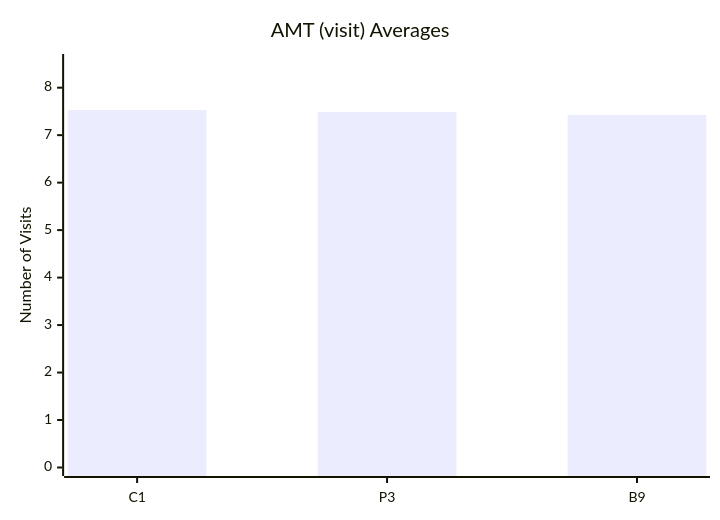
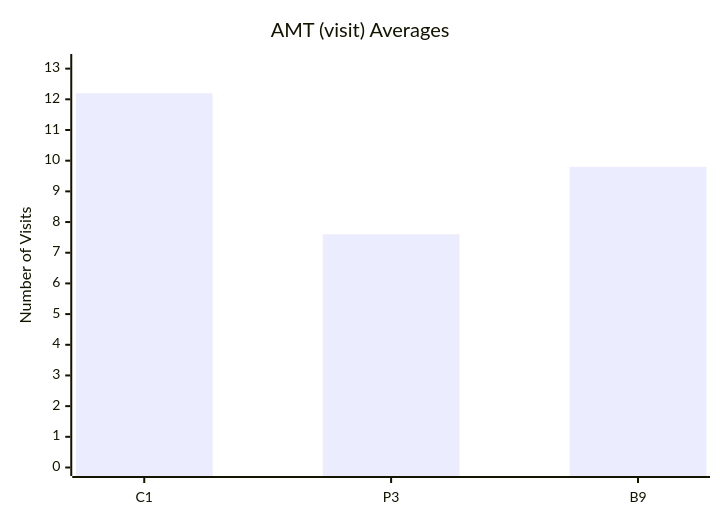
The tenth of 10 diagrams in test-tools/DataGen/src/Statistics_Visualizer.md (dhagan-va/intern-2025), drawn with Mermaid before and after one commit. The commit also changed other lines of this file and 6 other files, not shown here.

````diff
--- a/test-tools/DataGen/src/Statistics_Visualizer.md
+++ b/test-tools/DataGen/src/Statistics_Visualizer.md
@@ -105,7 +105,7 @@
 ```mermaid
 xychart-beta
     title "AMT (visit) Averages"
     x-axis ["C1", "P3", "B9"]
-    y-axis "Number of Visits" 0 --> 8.5304
-    bar [7.5304, 7.4892, 7.4246]
+    y-axis "Number of Visits" 0 --> 13.2
+    bar [12.2, 7.6, 9.8]
 ```
````
